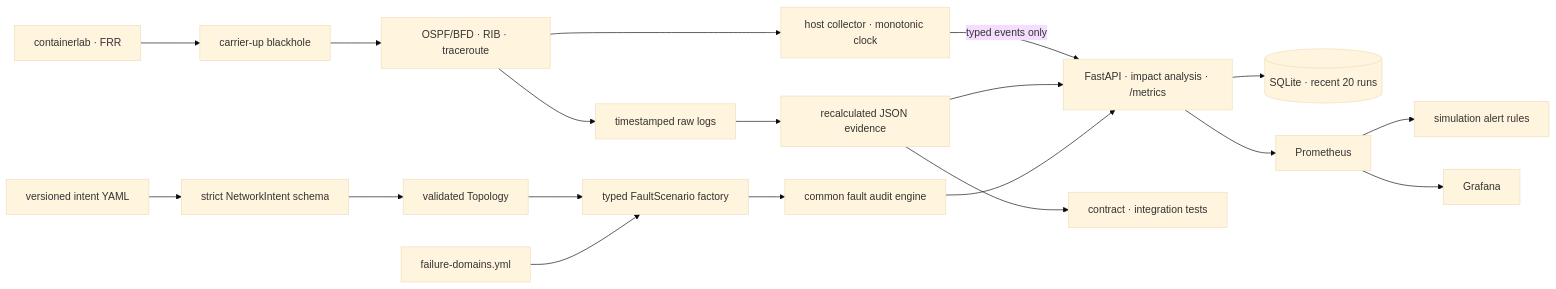
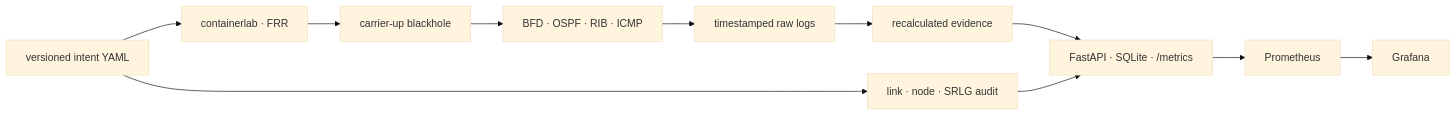
One commit to teriyakki-jin/telconet-sentinel changed the diagram in README.md. Above: the diagram before and after it, drawn with Mermaid (base theme). The commit also changed other lines of this file and 8 other files, not shown here.

````diff
--- a/README.md
+++ b/README.md
@@ -42,21 +176,13 @@
 ```mermaid
 flowchart LR
-    LAB["containerlab · FRR"] --> FAULT["carrier-up blackhole"]
-    FAULT --> STATE["OSPF/BFD · RIB · traceroute"]
-    STATE --> RAW["timestamped raw logs"]
-    STATE --> COLLECTOR["host collector · monotonic clock"]
-    COLLECTOR -->|"typed events only"| API
-    RAW --> JSON["recalculated JSON evidence"]
-    JSON --> API["FastAPI · impact analysis · /metrics"]
-    INTENT["versioned intent YAML"] --> SCHEMA["strict NetworkIntent schema"]
-    SCHEMA --> GRAPH["validated Topology"]
-    GRAPH --> SCENARIO["typed FaultScenario factory"]
-    FD["failure-domains.yml"] --> SCENARIO
-    SCENARIO --> AUDIT["common fault audit engine"]
+    INTENT["versioned intent YAML"] --> LAB["containerlab · FRR"]
+    INTENT --> AUDIT["link · node · SRLG audit"]
+    LAB --> FAULT["carrier-up blackhole"]
+    FAULT --> OBSERVE["BFD · OSPF · RIB · ICMP"]
+    OBSERVE --> RAW["timestamped raw logs"]
+    RAW --> EVIDENCE["recalculated evidence"]
+    EVIDENCE --> API["FastAPI · SQLite · /metrics"]
     AUDIT --> API
-    API --> DB[("SQLite · recent 20 runs")]
     API --> PROM["Prometheus"]
-    PROM --> ALERT["simulation alert rules"]
     PROM --> GRAFANA["Grafana"]
-    JSON --> TEST["contract · integration tests"]
 ```
````
